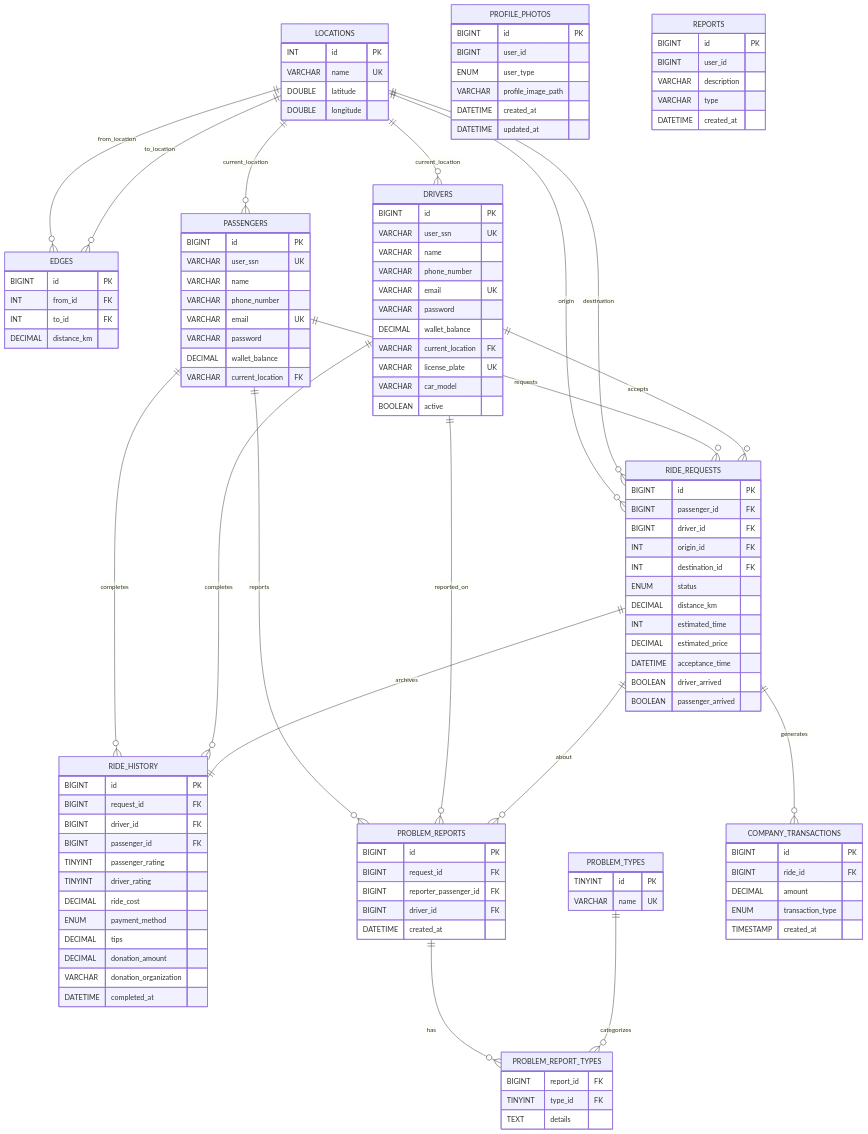
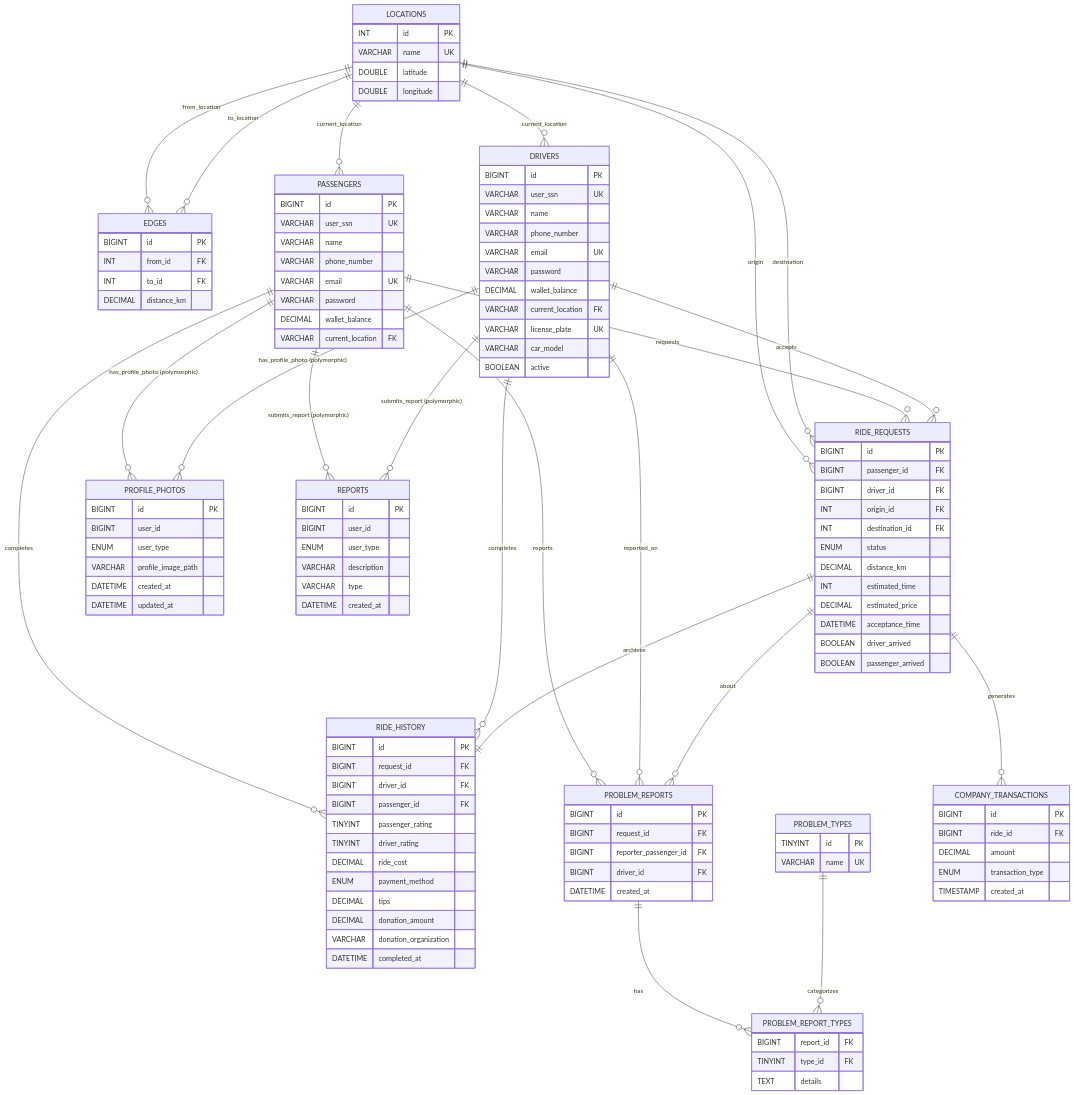
One commit to Mohamed-Sheta/Mini_Uber_Java_Project changed the diagram in README.md. Above: the diagram before and after it, drawn with Mermaid. The commit also changed other lines of this file and 2 other files, not shown here.

````diff
--- a/README.md
+++ b/README.md
@@ -492,6 +1648,7 @@
     REPORTS {
         BIGINT id PK
         BIGINT user_id
+        ENUM user_type
         VARCHAR description
         VARCHAR type
         DATETIME created_at
@@ -519,4 +1676,10 @@
     PROBLEM_TYPES ||--o{ PROBLEM_REPORT_TYPES : "categorizes"
     
     RIDE_REQUESTS ||--o{ COMPANY_TRANSACTIONS : "generates"
+    
+    %% Polymorphic Associations
+    PASSENGERS ||--o{ PROFILE_PHOTOS : "has_profile_photo (polymorphic)"
+    DRIVERS ||--o{ PROFILE_PHOTOS : "has_profile_photo (polymorphic)"
+    PASSENGERS ||--o{ REPORTS : "submits_report (polymorphic)"
+    DRIVERS ||--o{ REPORTS : "submits_report (polymorphic)"
 ```
````
